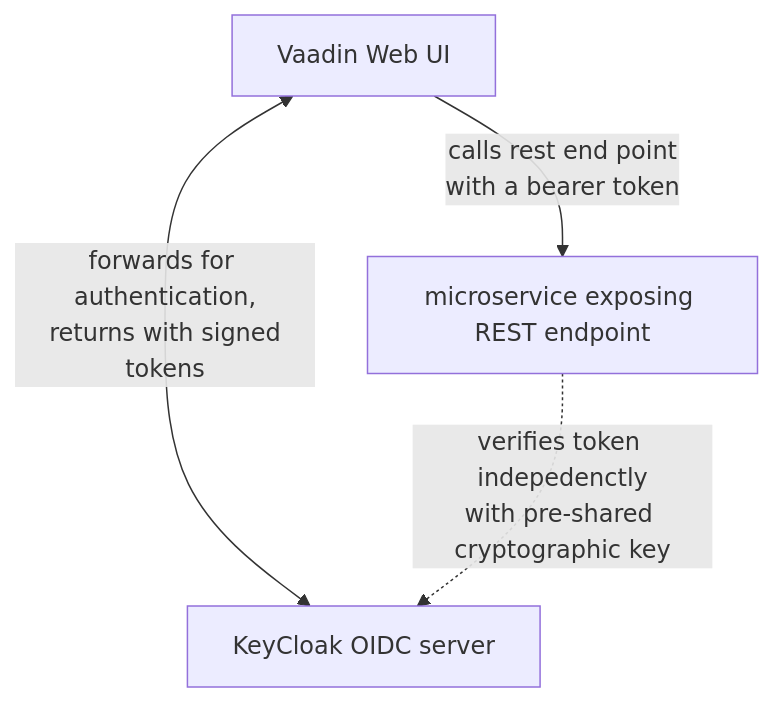
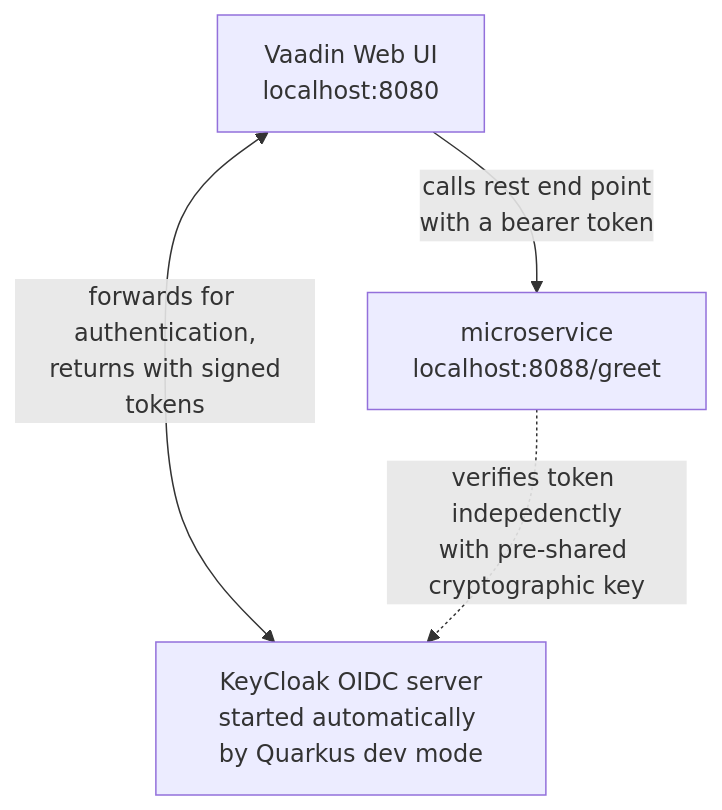
Before and after one commit to mstahv/quarkus-vaadin-example: the diagram in README.md, drawn with Mermaid. The commit also changed other lines of this file, not shown here.

Commit message:
Update README.md
improving graph

````diff
--- a/README.md
+++ b/README.md
@@ -16,9 +18,9 @@
 ```mermaid
   graph TD;
-      v[Vaadin Web UI]
-      k[KeyCloak OIDC server]
-      m[microservice exposing REST endpoint]
+      v[Vaadin Web UI<br>localhost:8080]
+      k[KeyCloak OIDC server<br>started automatically by Quarkus dev mode]
+      m[microservice<br>localhost:8088/greet]
       v<--forwards for authentication,<br> returns with signed tokens-->k;
       v--calls rest end point<br> with a bearer token-->m;
       m-. verifies token indepedenctly<br>with pre-shared cryptographic key .->k;
 ```
````
